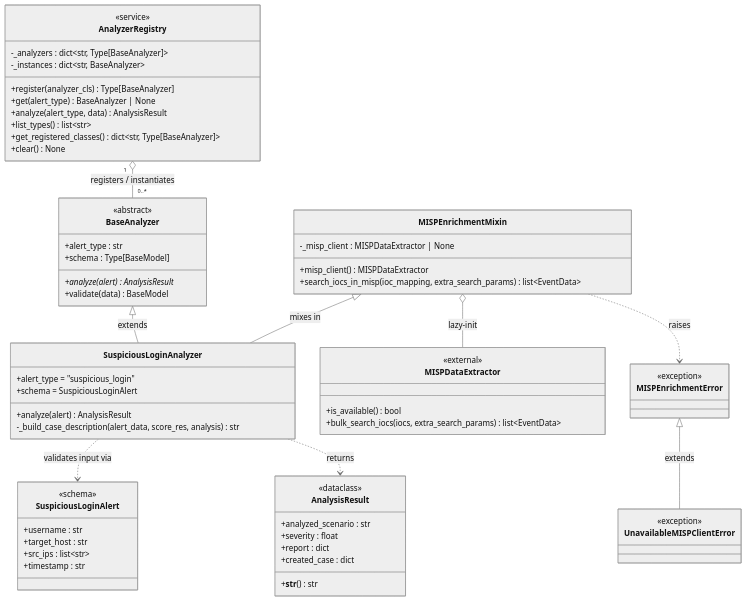
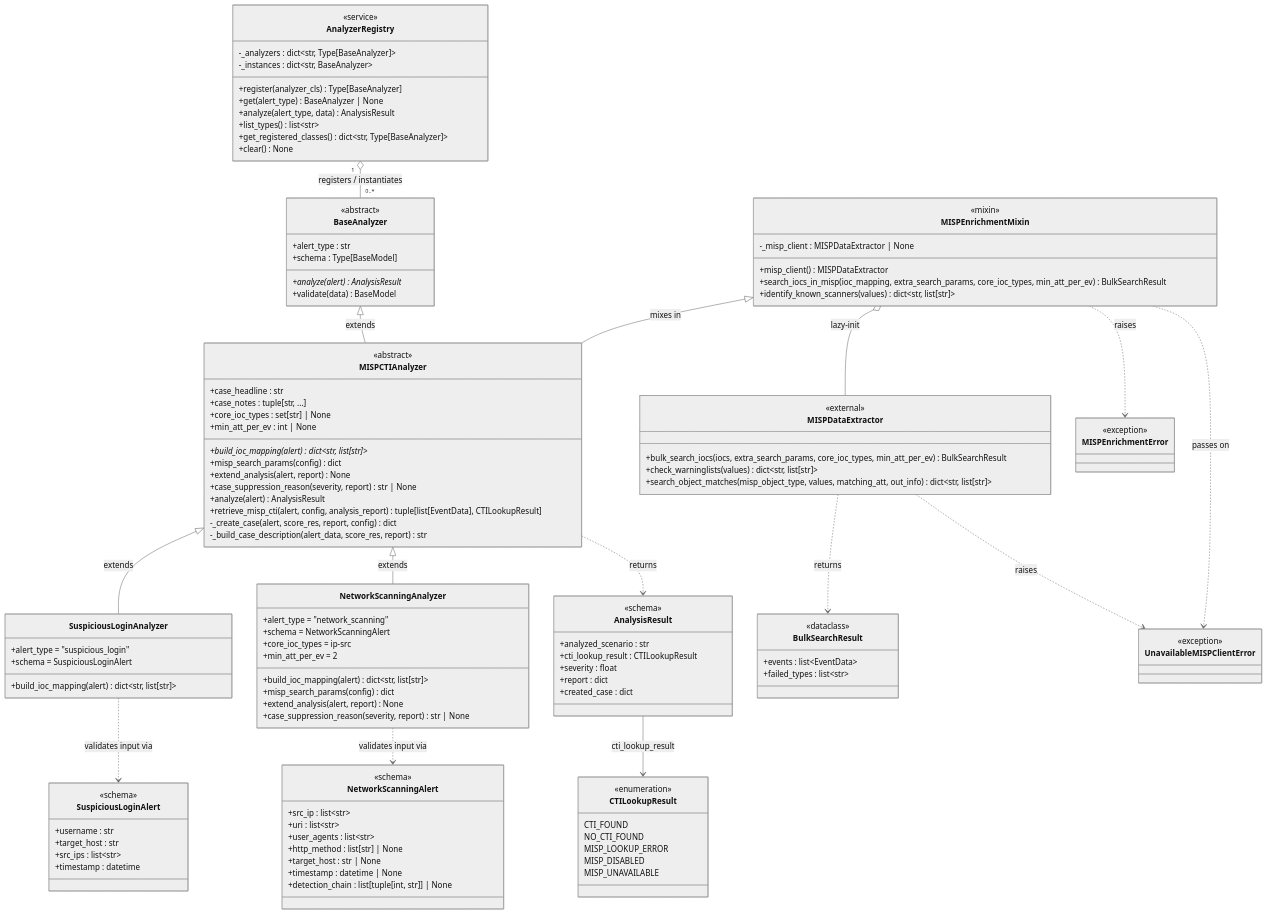
The diagram in docs/specs/SWD/SWD-012.md (AbstractionsLab/satrap-dl), drawn with Mermaid (neutral theme) before and after one commit. The commit also changed other lines of this file and 59 other files, not shown here.

````diff
--- a/docs/specs/SWD/SWD-012.md
+++ b/docs/specs/SWD/SWD-012.md
@@ -40,16 +46,44 @@
     }
 
     class MISPEnrichmentMixin {
+        <<mixin>>
         -_misp_client : MISPDataExtractor | None
         +misp_client() MISPDataExtractor
-        +search_iocs_in_misp(ioc_mapping, extra_search_params) list~EventData~
+        +search_iocs_in_misp(ioc_mapping, extra_search_params, core_ioc_types, min_att_per_ev) BulkSearchResult
+        +identify_known_scanners(values) dict~str, list[str]~
+    }
+
+    class MISPCTIAnalyzer {
+        <<abstract>>
+        +case_headline : str
+        +case_notes : tuple[str, ...]
+        +core_ioc_types : set[str] | None
+        +min_att_per_ev : int | None
+        +build_ioc_mapping(alert)* dict~str, list[str]~
+        +misp_search_params(config) dict
+        +extend_analysis(alert, report) None
+        +case_suppression_reason(severity, report) str | None
+        +analyze(alert) AnalysisResult
+        +retrieve_misp_cti(alert, config, analysis_report) tuple[list[EventData], CTILookupResult]
+        -_create_case(alert, score_res, report, config) dict
+        -_build_case_description(alert_data, score_res, report) str
     }
 
     class SuspiciousLoginAnalyzer {
         +alert_type = "suspicious_login"
         +schema = SuspiciousLoginAlert
-        +analyze(alert) AnalysisResult
-        -_build_case_description(alert_data, score_res, analysis) str
+        +build_ioc_mapping(alert) dict~str, list[str]~
+    }
+
+    class NetworkScanningAnalyzer {
+        +alert_type = "network_scanning"
+        +schema = NetworkScanningAlert
+        +core_ioc_types = ip-src
+        +min_att_per_ev = 2
+        +build_ioc_mapping(alert) dict~str, list[str]~
+        +misp_search_params(config) dict
+        +extend_analysis(alert, report) None
+        +case_suppression_reason(severity, report) str | None
     }
 
     class SuspiciousLoginAlert {
@@ -57,22 +91,49 @@
         +username : str
         +target_host : str
         +src_ips : list~str~
-        +timestamp : str
+        +timestamp : datetime
+    }
+
+    class NetworkScanningAlert {
+        <<schema>>
+        +src_ip : list~str~
+        +uri : list~str~
+        +user_agents : list~str~
+        +http_method : list[str] | None
+        +target_host : str | None
+        +timestamp : datetime | None
+        +detection_chain : list[tuple[int, str]] | None
     }
 
     class AnalysisResult {
-        <<dataclass>>
+        <<schema>>
         +analyzed_scenario : str
+        +cti_lookup_result : CTILookupResult
         +severity : float
         +report : dict
         +created_case : dict
-        +__str__() str
+    }
+
+    class CTILookupResult {
+        <<enumeration>>
+        CTI_FOUND
+        NO_CTI_FOUND
+        MISP_LOOKUP_ERROR
+        MISP_DISABLED
+        MISP_UNAVAILABLE
     }
 
     class MISPDataExtractor {
         <<external>>
-        +is_available() bool
-        +bulk_search_iocs(iocs, extra_search_params) list~EventData~
+        +bulk_search_iocs(iocs, extra_search_params, core_ioc_types, min_att_per_ev) BulkSearchResult
+        +check_warninglists(values) dict~str, list[str]~
+        +search_object_matches(misp_object_type, values, matching_att, out_info) dict~str, list[str]~
+    }
+
+    class BulkSearchResult {
+        <<dataclass>>
+        +events : list~EventData~
+        +failed_types : list~str~
     }
 
     class MISPEnrichmentError {
@@ -84,11 +145,17 @@
     }
 
     AnalyzerRegistry "1" o-- "0..*" BaseAnalyzer : registers / instantiates
-    BaseAnalyzer <|-- SuspiciousLoginAnalyzer : extends
-    MISPEnrichmentMixin <|-- SuspiciousLoginAnalyzer : mixes in
+    BaseAnalyzer <|-- MISPCTIAnalyzer : extends
+    MISPEnrichmentMixin <|-- MISPCTIAnalyzer : mixes in
+    MISPCTIAnalyzer <|-- SuspiciousLoginAnalyzer : extends
+    MISPCTIAnalyzer <|-- NetworkScanningAnalyzer : extends
     SuspiciousLoginAnalyzer ..> SuspiciousLoginAlert : validates input via
-    SuspiciousLoginAnalyzer ..> AnalysisResult : returns
+    NetworkScanningAnalyzer ..> NetworkScanningAlert : validates input via
+    MISPCTIAnalyzer ..> AnalysisResult : returns
+    AnalysisResult --> CTILookupResult : cti_lookup_result
     MISPEnrichmentMixin o-- MISPDataExtractor : lazy-init
-    MISPEnrichmentError <|-- UnavailableMISPClientError : extends
+    MISPDataExtractor ..> BulkSearchResult : returns
+    MISPDataExtractor ..> UnavailableMISPClientError : raises
+    MISPEnrichmentMixin ..> UnavailableMISPClientError : passes on
     MISPEnrichmentMixin ..> MISPEnrichmentError : raises
 ```
````
